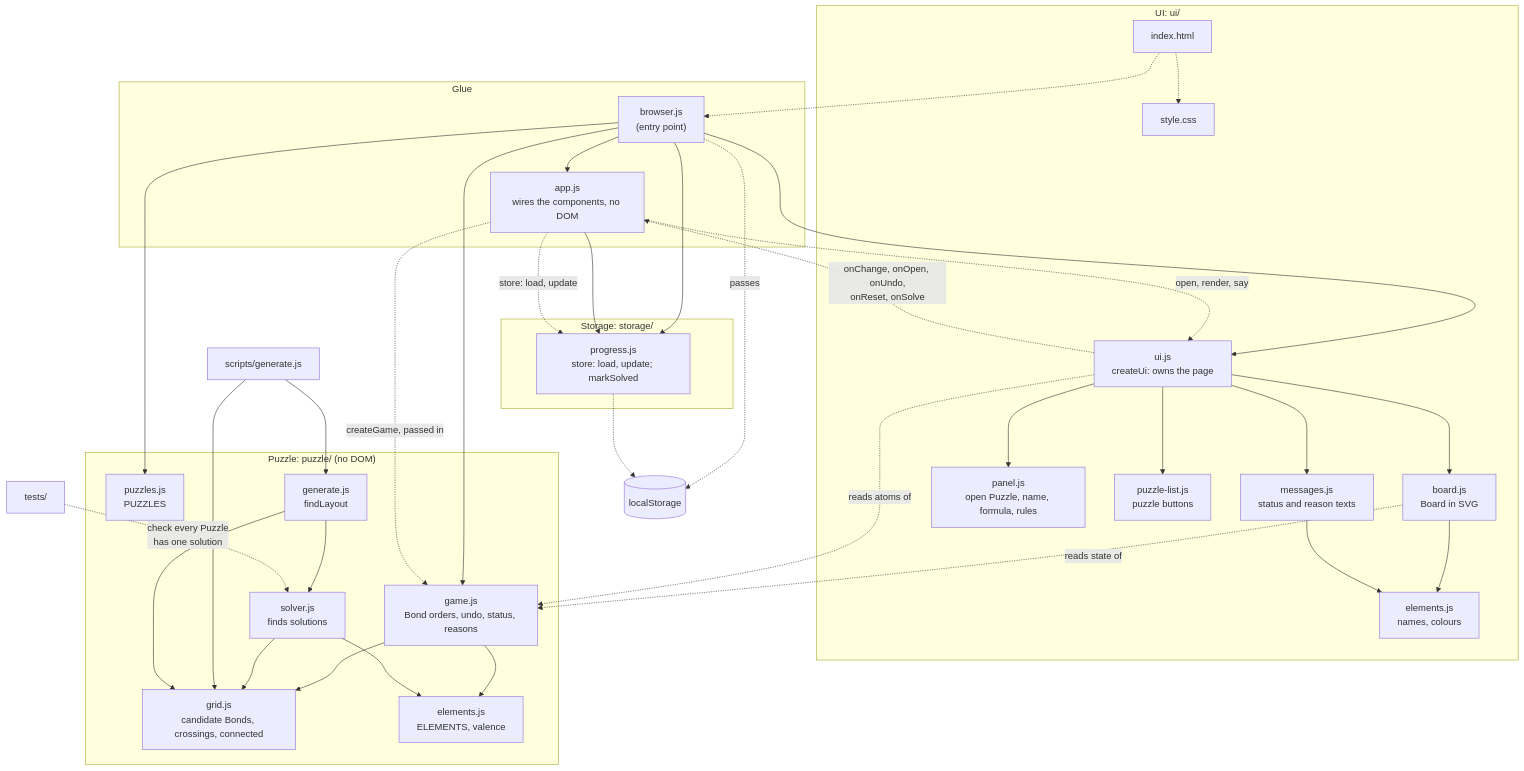
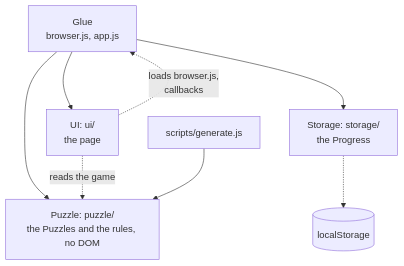
One commit to treetopbottle/molecuzzle changed the diagram in README.md. Above: the diagram before and after it, drawn with Mermaid. The commit also changed other lines of this file and 1 other file, not shown here.

Commit message:
docs: move the file-by-file diagram of src/ to docs/architecture.md, one per component

````diff
--- a/README.md
+++ b/README.md
@@ -54,72 +55,17 @@
 ```mermaid
 flowchart TD
-  subgraph glue["Glue"]
-    browser["browser.js<br/>(entry point)"]
-    app["app.js<br/>wires the components, no DOM"]
-  end
-
-  subgraph ui["UI: ui/"]
-    html["index.html"]
-    css["style.css"]
-    uijs["ui.js<br/>createUi: owns the page"]
-    board["board.js<br/>Board in SVG"]
-    panel["panel.js<br/>open Puzzle, name, formula, rules"]
-    list["puzzle-list.js<br/>puzzle buttons"]
-    messages["messages.js<br/>status and reason texts"]
-    looks["elements.js<br/>names, colours"]
-  end
-
-  subgraph puzzle["Puzzle: puzzle/ (no DOM)"]
-    puzzles["puzzles.js<br/>PUZZLES"]
-    game["game.js<br/>Bond orders, undo, status, reasons"]
-    grid["grid.js<br/>candidate Bonds, crossings, connected"]
-    solver["solver.js<br/>finds solutions"]
-    gen["generate.js<br/>findLayout"]
-    elements["elements.js<br/>ELEMENTS, valence"]
-  end
-
-  subgraph storage["Storage: storage/"]
-    progress["progress.js<br/>store: load, update; markSolved"]
-  end
-
+  glue["Glue<br/>browser.js, app.js"]
+  ui["UI: ui/<br/>the page"]
+  puzzle["Puzzle: puzzle/<br/>the Puzzles and the rules, no DOM"]
+  storage["Storage: storage/<br/>the Progress"]
   local[("localStorage")]
   generate["scripts/generate.js"]
-  tests["tests/"]
 
-  html -.-> css
-  html -.-> browser
-  browser --> app
-  browser --> puzzles
-  browser --> game
-  browser --> progress
-  browser --> uijs
-  browser -. "passes" .-> local
-
-  app --> progress
-  app -. "createGame, passed in" .-> game
-  app -. "store: load, update" .-> progress
-  app -. "open, render, say" .-> uijs
-  uijs -. "onChange, onOpen, onUndo,<br/>onReset, onSolve" .-> app
-
-  uijs --> board
-  uijs --> panel
-  uijs --> list
-  uijs --> messages
-  board --> looks
-  messages --> looks
-  board -. "reads state of" .-> game
-  uijs -. "reads atoms of" .-> game
-
-  game --> elements
-  game --> grid
-  solver --> elements
-  solver --> grid
-
-  progress -.-> local
-
-  generate --> gen
-  generate --> grid
-  gen --> grid
-  gen --> solver
-  tests -. "check every Puzzle<br/>has one solution" .-> solver
+  glue --> ui
+  glue --> puzzle
+  glue --> storage
+  ui -. "loads browser.js,<br/>callbacks" .-> glue
+  ui -. "reads the game" .-> puzzle
+  storage -.-> local
+  generate --> puzzle
 ```
````
